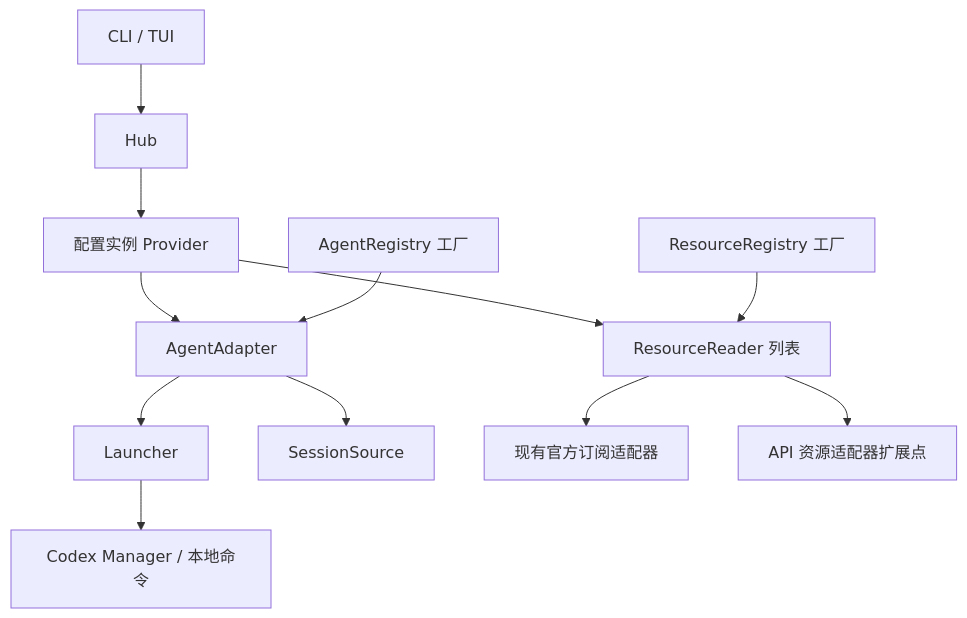
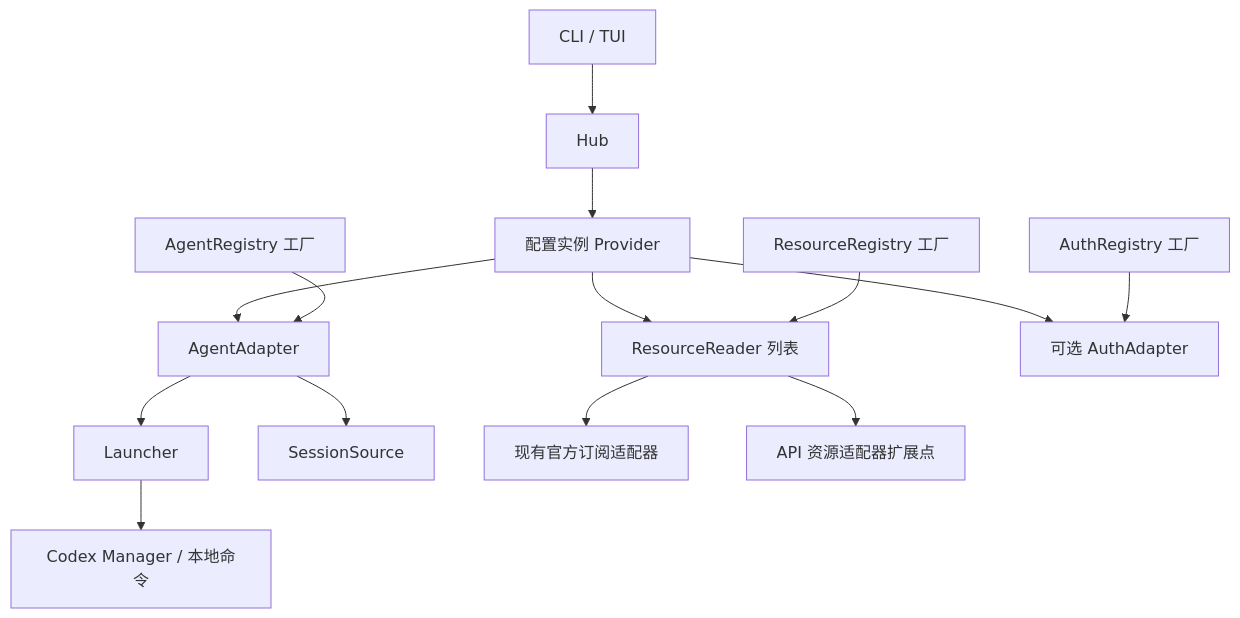
One commit to alphadoiy/usage changed the diagram in docs/provider-architecture.md. Above: the diagram before and after it, drawn with Mermaid. The commit also changed other lines of this file and 19 other files, not shown here.

````diff
--- a/docs/provider-architecture.md
+++ b/docs/provider-architecture.md
@@ -17,14 +17,16 @@
 ```mermaid
 flowchart TD
     CLI[CLI / TUI] --> Hub
     Hub --> Provider[配置实例 Provider]
     Provider --> Agent[AgentAdapter]
     Provider --> Resources[ResourceReader 列表]
+    Provider --> Auth[可选 AuthAdapter]
     Agent --> Launcher
     Agent --> Sessions[SessionSource]
     Launcher --> Manager[Codex Manager / 本地命令]
     Resources --> Subscription[现有官方订阅适配器]
     Resources --> API[API 资源适配器扩展点]
     AgentRegistry[AgentRegistry 工厂] --> Agent
     ResourceRegistry[ResourceRegistry 工厂] --> Resources
+    AuthRegistry[AuthRegistry 工厂] --> Auth
 ```
````
